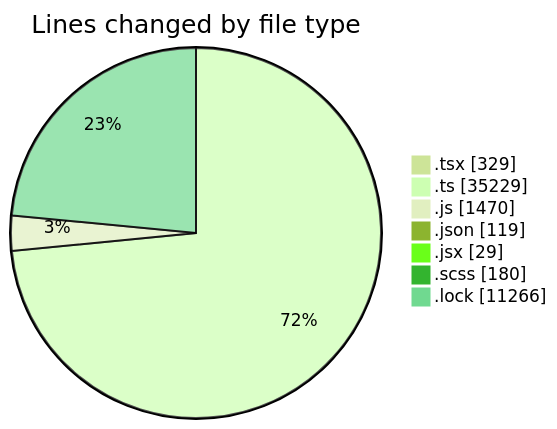
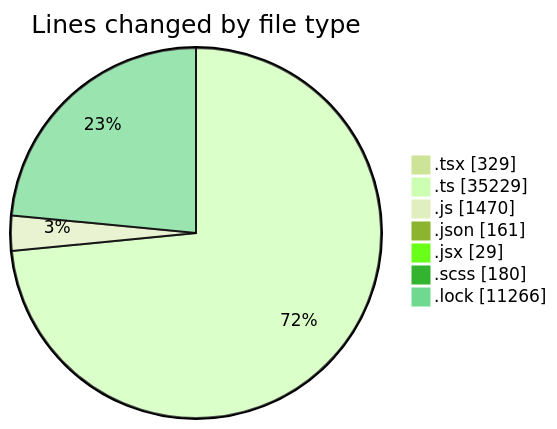
The first of 2 diagrams in 2025-12-17/cda/README.md (momahboobian/code-tracking), drawn with Mermaid (forest theme) before and after one commit. The commit also changed other lines of this file and 1 other file, not shown here.

````diff
--- a/2025-12-17/cda/README.md
+++ b/2025-12-17/cda/README.md
@@ -53,11 +54,11 @@
 ```mermaid
 pie showData
 title Lines changed by file type
 ".tsx" : 329
 ".ts" : 35229
 ".js" : 1470
-".json" : 119
+".json" : 161
 ".jsx" : 29
 ".scss" : 180
 ".lock" : 11266
 ```
````
